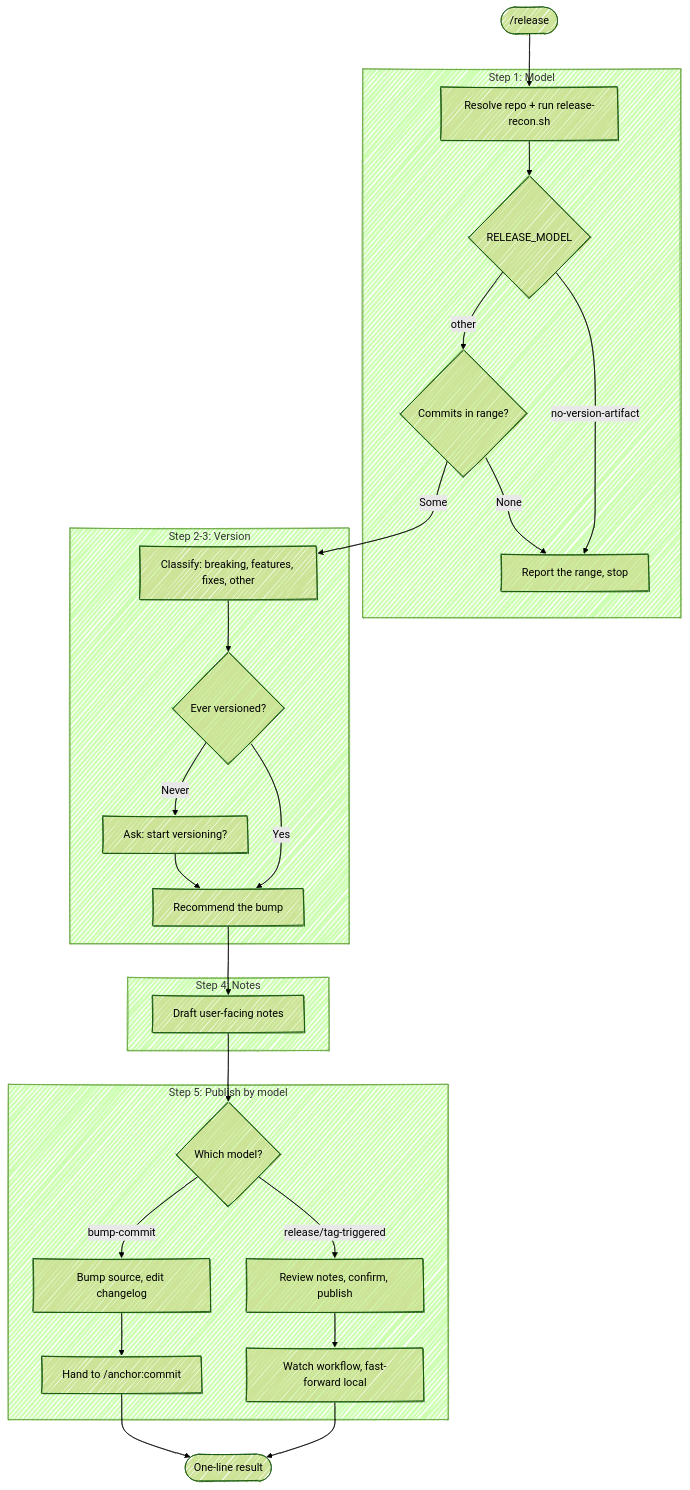
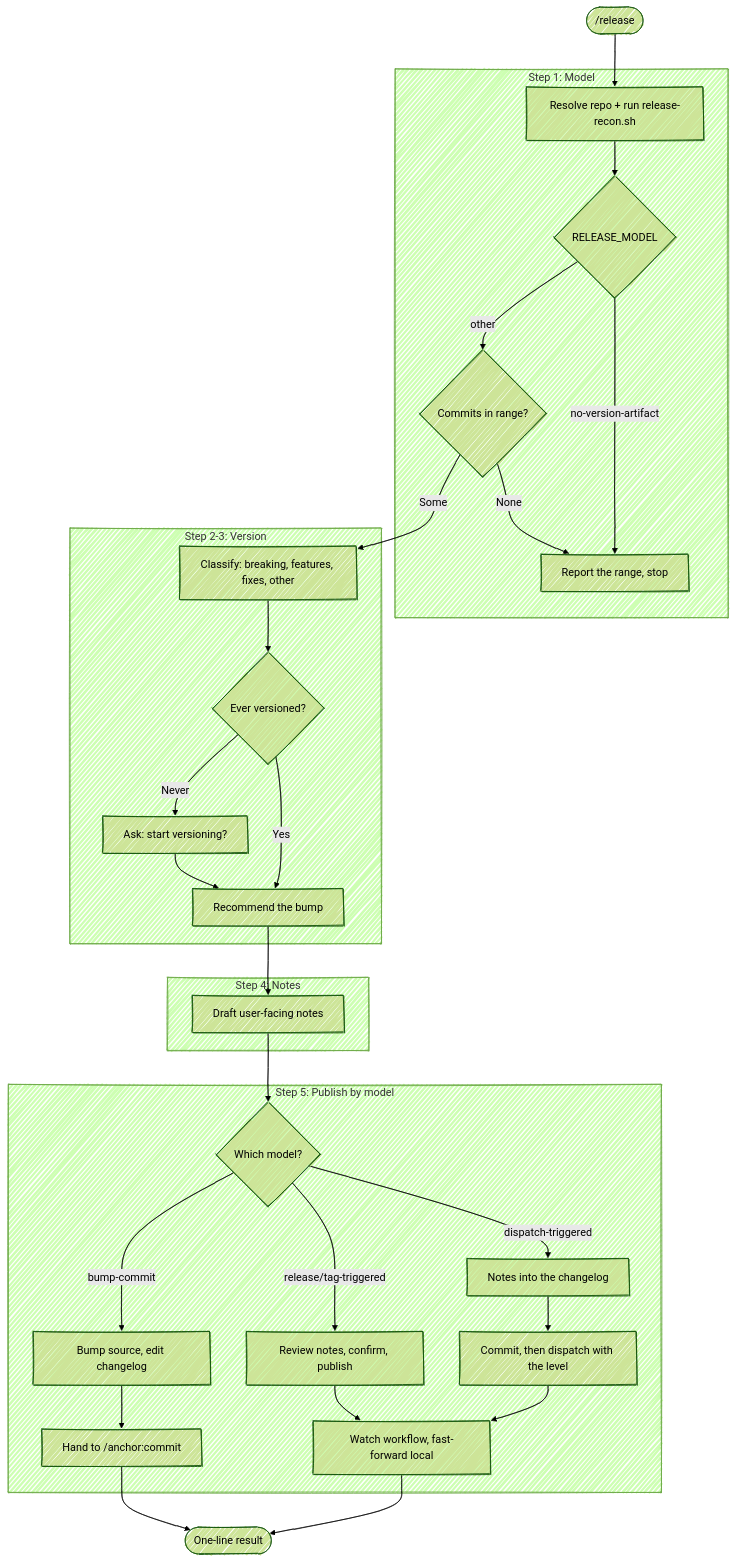
One commit to chris-peterson/anchor changed the diagram in skills/release/SKILL.md. Above: the diagram before and after it, drawn with Mermaid (forest theme). The commit also changed other lines of this file and 8 other files, not shown here.

````diff
--- a/skills/release/SKILL.md
+++ b/skills/release/SKILL.md
@@ -30,35 +31,38 @@
 ```mermaid
 %%{ init: { 'look': 'handDrawn' } }%%
 flowchart TD
     Start(["/release"]) --> Recon["Resolve repo + run release-recon.sh"]
 
     subgraph "Step 1: Model"
         Recon --> Model{RELEASE_MODEL}
         Model -->|no-version-artifact| Report0["Report the range, stop"]
         Model -->|other| Range{Commits in range?}
         Range -->|None| Report0
     end
 
     subgraph "Step 2-3: Version"
         Range -->|Some| Classify["Classify: breaking, features, fixes, other"]
         Classify --> Ever{Ever versioned?}
         Ever -->|Never| AskConv["Ask: start versioning?"]
         Ever -->|Yes| Semver["Recommend the bump"]
         AskConv --> Semver
     end
 
     subgraph "Step 4: Notes"
         Semver --> Notes["Draft user-facing notes"]
     end
 
     subgraph "Step 5: Publish by model"
         Notes --> Which{Which model?}
         Which -->|release/tag-triggered| ReviewNotes["Review notes, confirm, publish"]
+        Which -->|dispatch-triggered| Stage["Notes into the changelog"]
         Which -->|bump-commit| Bump["Bump source, edit changelog"]
         Bump --> Commit["Hand to /anchor:commit"]
+        Stage --> Dispatch["Commit, then dispatch with the level"]
+        Dispatch --> Follow
         ReviewNotes --> Follow["Watch workflow, fast-forward local"]
     end
 
     Follow --> Done([One-line result])
     Commit --> Done
 ```
````
